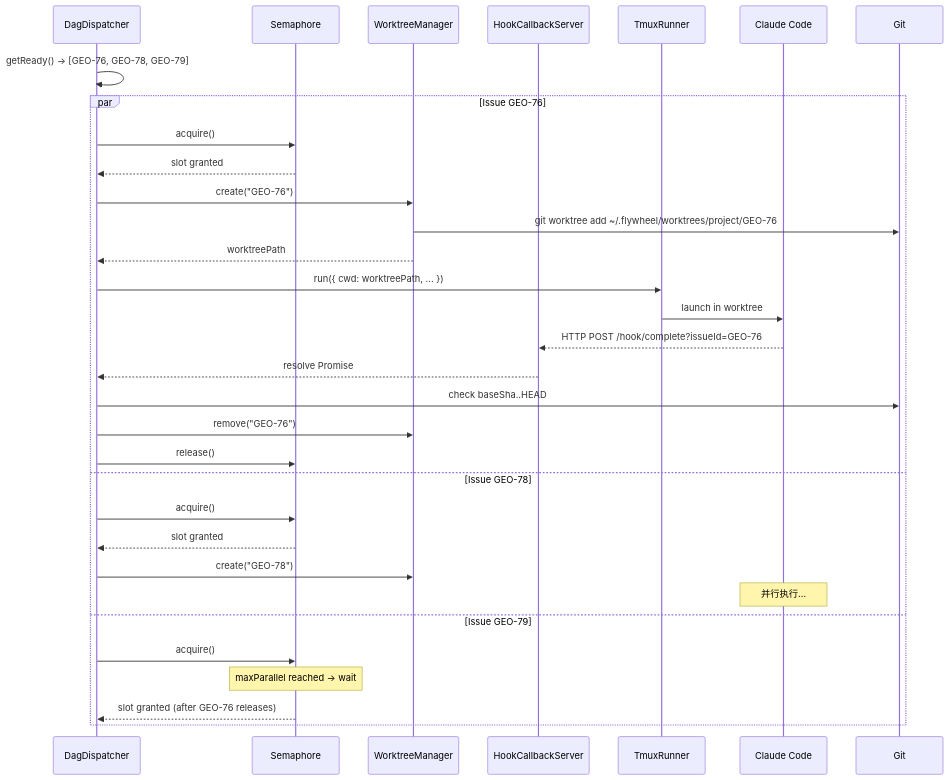
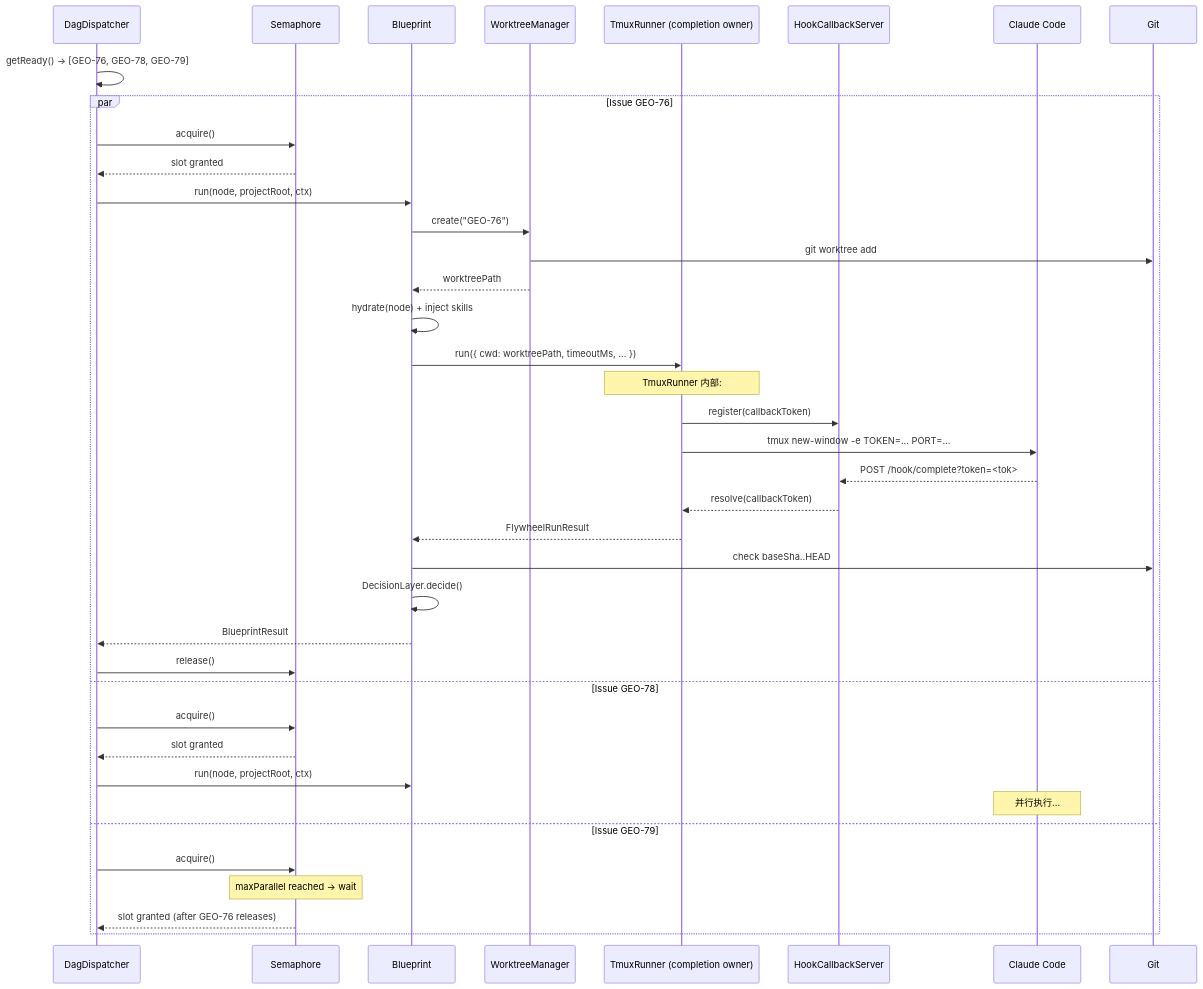
One commit to xrliAnnie/flywheel-qa-sandbox changed the second of 6 diagrams in doc/architecture/v0.2-architecture.md. Above: the diagram before and after it, drawn with Mermaid. The commit also changed other lines of this file, not shown here.

First line of the commit message:
docs: v0.2 architecture — 6-round Codex design review fixes

````diff
--- a/doc/architecture/v0.2-architecture.md
+++ b/doc/architecture/v0.2-architecture.md
@@ -279,36 +316,43 @@
 ```mermaid
 sequenceDiagram
     participant DAG as DagDispatcher
     participant SEM as Semaphore
+    participant BP as Blueprint
     participant WM as WorktreeManager
+    participant R as TmuxRunner (completion owner)
     participant HK as HookCallbackServer
-    participant R as TmuxRunner
     participant CC as Claude Code
     participant GIT as Git
 
     DAG->>DAG: getReady() → [GEO-76, GEO-78, GEO-79]
 
     par Issue GEO-76
         DAG->>SEM: acquire()
         SEM-->>DAG: slot granted
-        DAG->>WM: create("GEO-76")
-        WM->>GIT: git worktree add ~/.flywheel/worktrees/project/GEO-76
-        WM-->>DAG: worktreePath
-        DAG->>R: run({ cwd: worktreePath, ... })
-        R->>CC: launch in worktree
-        CC-->>HK: HTTP POST /hook/complete?issueId=GEO-76
-        HK-->>DAG: resolve Promise
-        DAG->>GIT: check baseSha..HEAD
-        DAG->>WM: remove("GEO-76")
+        DAG->>BP: run(node, projectRoot, ctx)
+        BP->>WM: create("GEO-76")
+        WM->>GIT: git worktree add
+        WM-->>BP: worktreePath
+        BP->>BP: hydrate(node) + inject skills
+        BP->>R: run({ cwd: worktreePath, timeoutMs, ... })
+        Note over R: TmuxRunner 内部:
+        R->>HK: register(callbackToken)
+        R->>CC: tmux new-window -e TOKEN=... PORT=...
+        CC-->>HK: POST /hook/complete?token=<tok>
+        HK-->>R: resolve(callbackToken)
+        R-->>BP: FlywheelRunResult
+        BP->>GIT: check baseSha..HEAD
+        BP->>BP: DecisionLayer.decide()
+        BP-->>DAG: BlueprintResult
         DAG->>SEM: release()
     and Issue GEO-78
         DAG->>SEM: acquire()
         SEM-->>DAG: slot granted
-        DAG->>WM: create("GEO-78")
+        DAG->>BP: run(node, projectRoot, ctx)
         Note over CC: 并行执行...
     and Issue GEO-79
         DAG->>SEM: acquire()
         Note over SEM: maxParallel reached -> wait
         SEM-->>DAG: slot granted (after GEO-76 releases)
     end
 ```
````
